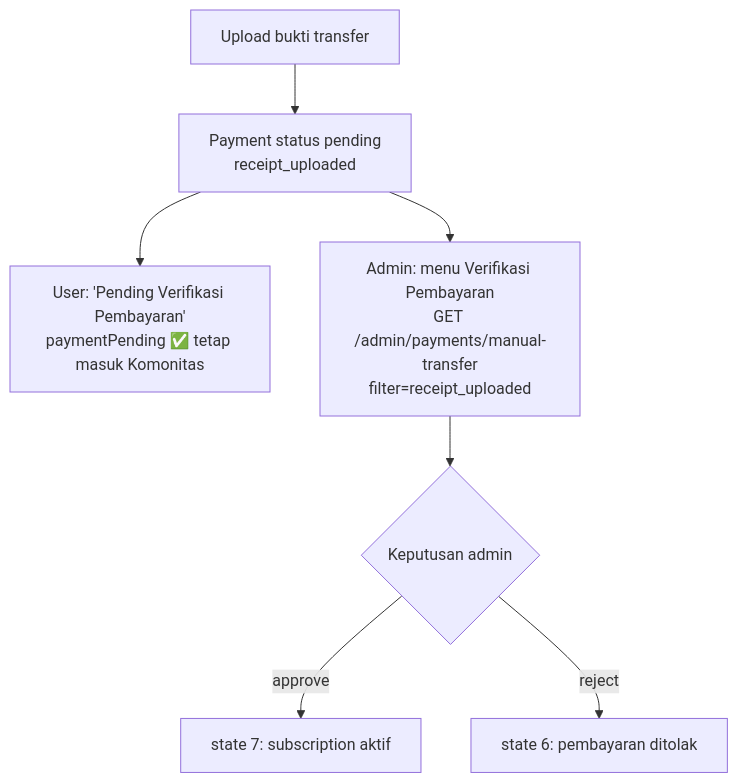
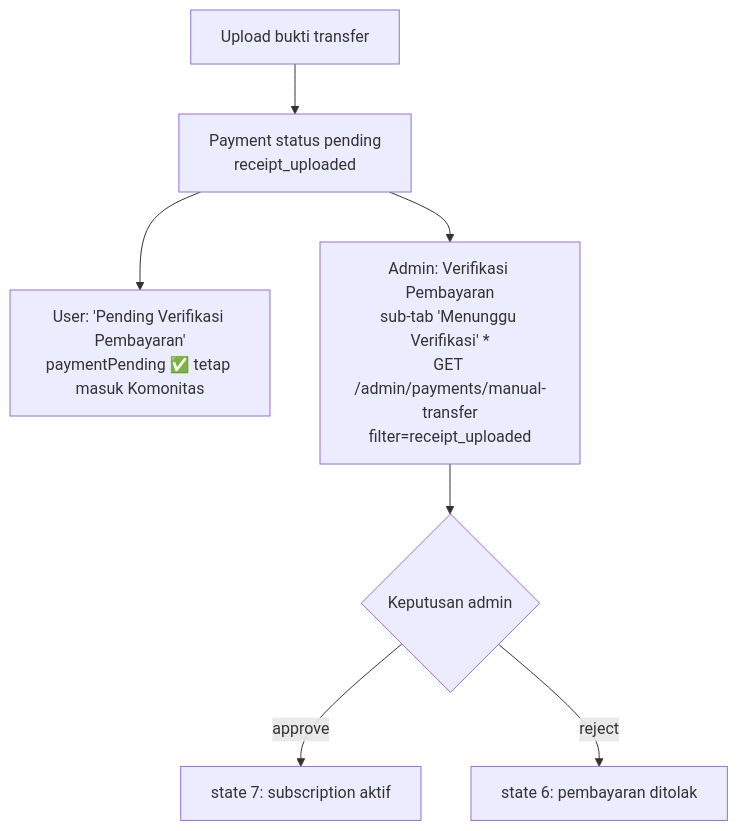
One commit to Digital-Gasing-Edukasi/Gasing-Sarang-Login-Dashboard changed the sixth of 14 diagrams in docs/USER_STATE_FLOW.md. Above: the diagram before and after it, drawn with Mermaid. The commit also changed other lines of this file and 37 other files, not shown here.

Commit message:
feat : update table update verifikasi pembayaran

````diff
--- a/docs/USER_STATE_FLOW.md
+++ b/docs/USER_STATE_FLOW.md
@@ -111,9 +130,9 @@
 ```mermaid
 flowchart TD
   A[Upload bukti transfer] --> B[Payment status pending<br/>receipt_uploaded]
   B --> C[User: 'Pending Verifikasi Pembayaran'<br/>paymentPending ✅ tetap masuk Komonitas]
-  B --> D[Admin: menu Verifikasi Pembayaran<br/>GET /admin/payments/manual-transfer<br/>filter=receipt_uploaded]
+  B --> D[Admin: Verifikasi Pembayaran<br/>sub-tab 'Menunggu Verifikasi' *<br/>GET /admin/payments/manual-transfer<br/>filter=receipt_uploaded]
   D --> E{Keputusan admin}
   E -- approve --> F[state 7: subscription aktif]
   E -- reject --> G[state 6: pembayaran ditolak]
 ```
````
